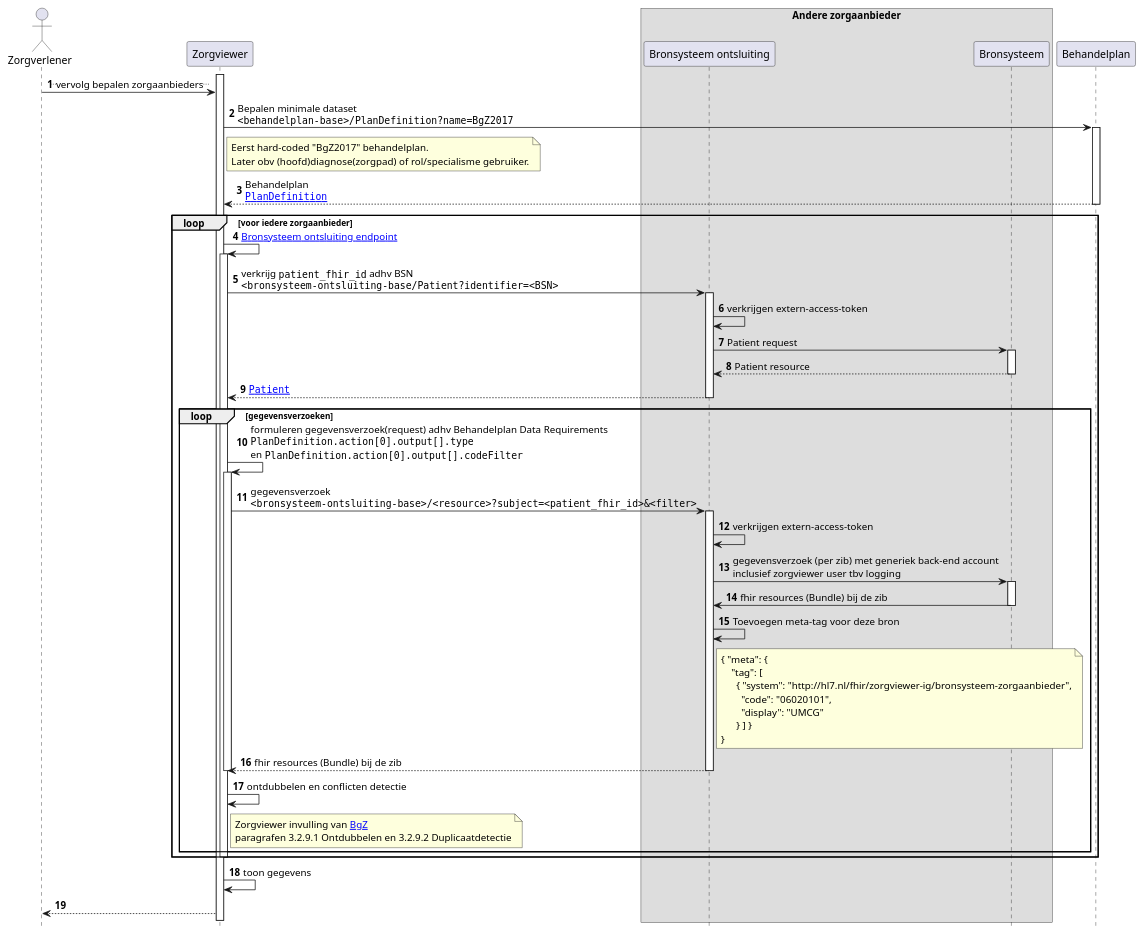
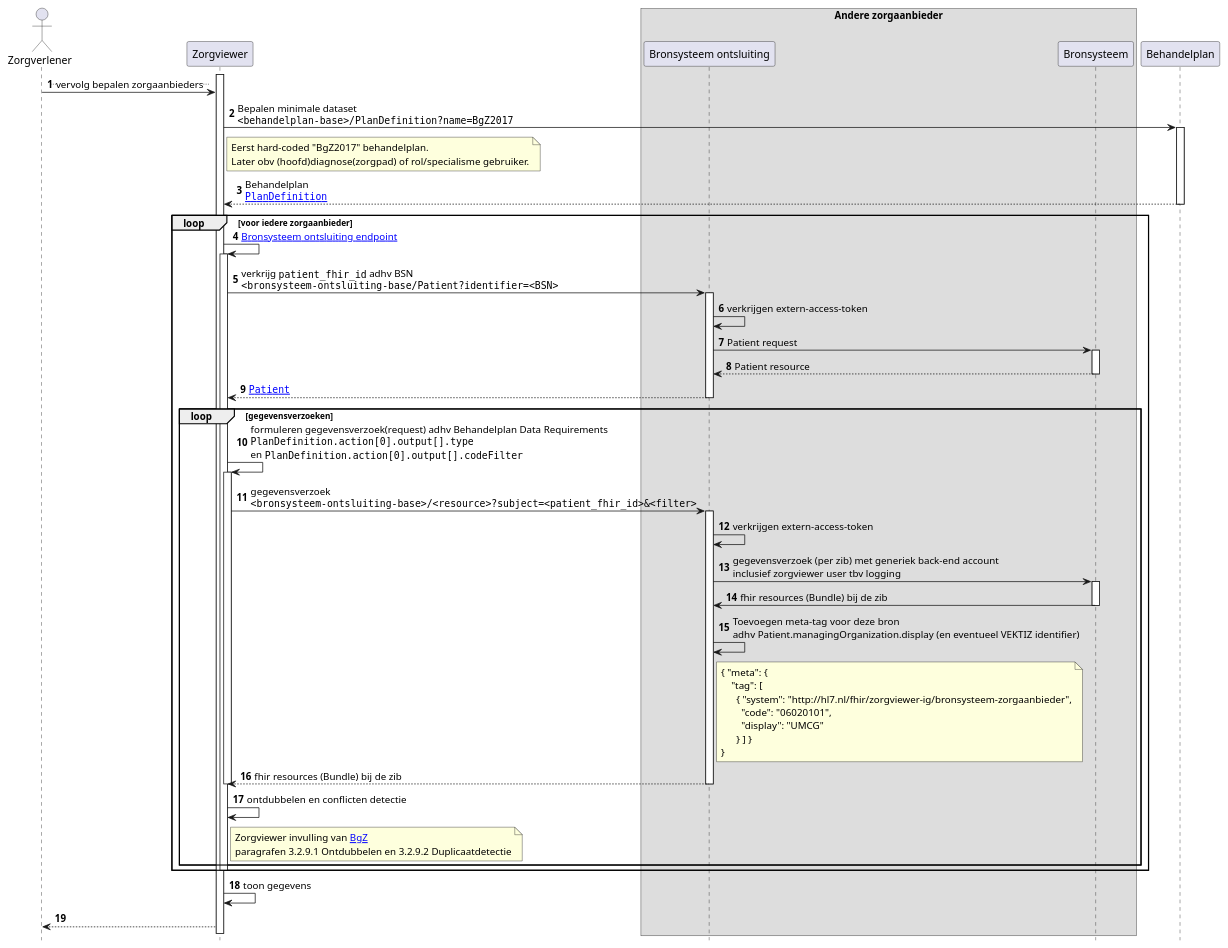
The diagram in input/images-source/Zorgviewer-seq-3.plantuml (RIVO-Noord/zorgviewer-ig), drawn with PlantUML before and after one commit. The commit also changed 3 other files, not shown here.

```diff
--- a/input/images-source/Zorgviewer-seq-3.plantuml
+++ b/input/images-source/Zorgviewer-seq-3.plantuml
@@ -1,70 +1,70 @@
 @startuml
 hide footbox
 autonumber
 
 actor Zorgverlener
 participant Zorgviewer
 box "Andere zorgaanbieder"
 participant "Bronsysteem ontsluiting" as Bron
 participant Bronsysteem
 end box
 participant Behandelplan
 
 activate Zorgviewer
 Zorgverlener->Zorgviewer: ..vervolg bepalen zorgaanbieders..
 Zorgviewer->Behandelplan: Bepalen minimale dataset\n""<behandelplan-base>/PlanDefinition?name=BgZ2017""
 note right Zorgviewer
   Eerst hard-coded "BgZ2017" behandelplan.
   Later obv (hoofd)diagnose(zorgpad) of rol/specialisme gebruiker.
 end note
 activate Behandelplan
 Behandelplan-->Zorgviewer: Behandelplan\n""[[StructureDefinition-PlanDefinition.html PlanDefinition]]""
 deactivate Behandelplan
 loop voor iedere zorgaanbieder
   Zorgviewer->Zorgviewer: [[Endpoint-UMCG.html Bronsysteem ontsluiting endpoint]]
   activate Zorgviewer
   Zorgviewer->Bron : verkrijg ""patient_fhir_id"" adhv BSN\n""<bronsysteem-ontsluiting-base/Patient?identifier=<BSN>""
   activate Bron
   Bron->Bron : verkrijgen extern-access-token
   Bron->Bronsysteem : Patient request
   activate Bronsysteem
   Bronsysteem-->Bron : Patient resource
   deactivate Bronsysteem
   Bron-->Zorgviewer : ""[[StructureDefinition-Patient.html Patient]]""
   deactivate Bron
   loop gegevensverzoeken
     Zorgviewer->Zorgviewer: formuleren gegevensverzoek(request) adhv Behandelplan Data Requirements\n""PlanDefinition.action[0].output[].type""\nen ""PlanDefinition.action[0].output[].codeFilter""
     activate Zorgviewer
     Zorgviewer->Bron: gegevensverzoek\n""<bronsysteem-ontsluiting-base>/<resource>?subject=<patient_fhir_id>&<filter>""
     activate Bron
     Bron->Bron : verkrijgen extern-access-token
     Bron->Bronsysteem : gegevensverzoek (per zib) met generiek back-end account\ninclusief zorgviewer user tbv logging
     activate Bronsysteem
     Bronsysteem->Bron: fhir resources (Bundle) bij de zib
     deactivate Bronsysteem
-    Bron->Bron: Toevoegen meta-tag voor deze bron
+    Bron->Bron: Toevoegen meta-tag voor deze bron\nadhv Patient.managingOrganization.display (en eventueel VEKTIZ identifier)
     note right Bron
 { "meta": {
     "tag": [
       { "system": "http://hl7.nl/fhir/zorgviewer-ig/bronsysteem-zorgaanbieder",
         "code": "06020101",
         "display": "UMCG"
       } ] }
 }
     end note
     Bron-->Zorgviewer: fhir resources (Bundle) bij de zib
     deactivate Bron
     deactivate Zorgviewer
     Zorgviewer->Zorgviewer: ontdubbelen en conflicten detectie
     note right of Zorgviewer
       Zorgviewer invulling van [[https://informatiestandaarden.nictiz.nl/wiki/BgZ:V1.0_BgZ_MSZ_Informatiestandaard BgZ]] 
       paragrafen 3.2.9.1 Ontdubbelen en 3.2.9.2 Duplicaatdetectie
     end note
   end
   deactivate Zorgviewer
 end
 
 Zorgviewer->Zorgviewer: toon gegevens
 Zorgviewer-->Zorgverlener
 
 @enduml
```
